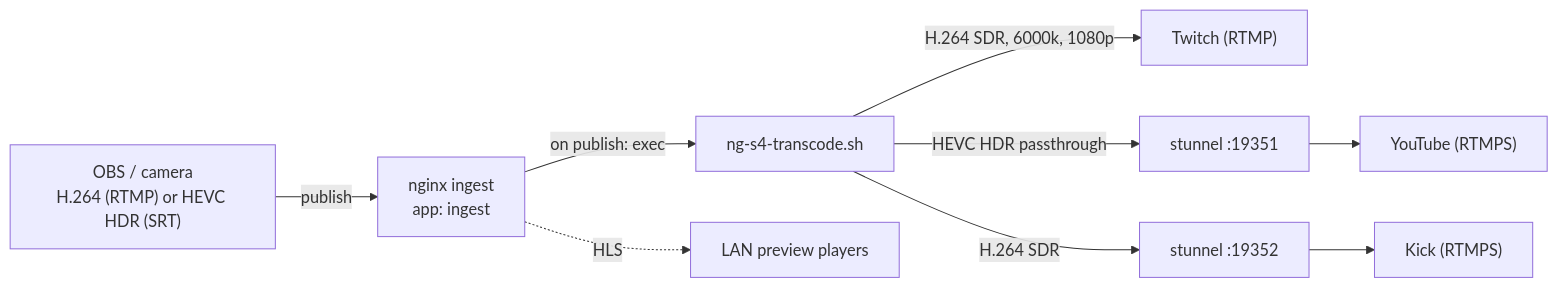
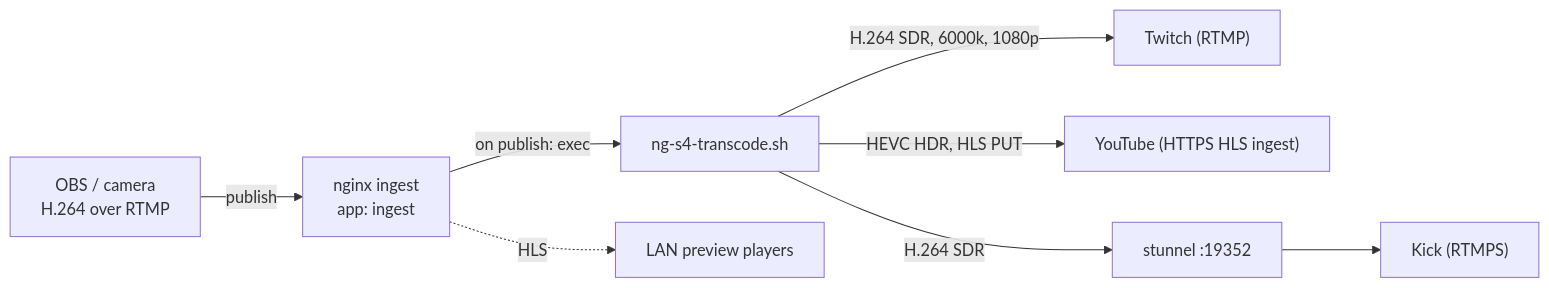
The diagram in docs/README.md (XAOSTECH/NG-S4), drawn with Mermaid before and after one commit. The commit also changed other lines of this file, not shown here.

Commit message:
docs(README): correct YouTube HLS ingest, remove SRT note, fix architecture diagram

````diff
--- a/docs/README.md
+++ b/docs/README.md
@@ -79,9 +80,9 @@
 ```mermaid
 flowchart LR
-    SRC["OBS / camera<br/>H.264 (RTMP) or HEVC HDR (SRT)"] -->|publish| ING["nginx ingest<br/>app: ingest"]
+    SRC["OBS / camera<br/>H.264 over RTMP"] -->|publish| ING["nginx ingest<br/>app: ingest"]
     ING -->|on publish: exec| ENG["ng-s4-transcode.sh"]
     ING -.->|HLS| LAN["LAN preview players"]
     ENG -->|"H.264 SDR, 6000k, 1080p"| TW["Twitch (RTMP)"]
-    ENG -->|"HEVC HDR passthrough"| YTS["stunnel :19351"] --> YT["YouTube (RTMPS)"]
+    ENG -->|"HEVC HDR, HLS PUT"| YT["YouTube (HTTPS HLS ingest)"]
     ENG -->|"H.264 SDR"| KIS["stunnel :19352"] --> KI["Kick (RTMPS)"]
 ```
````
